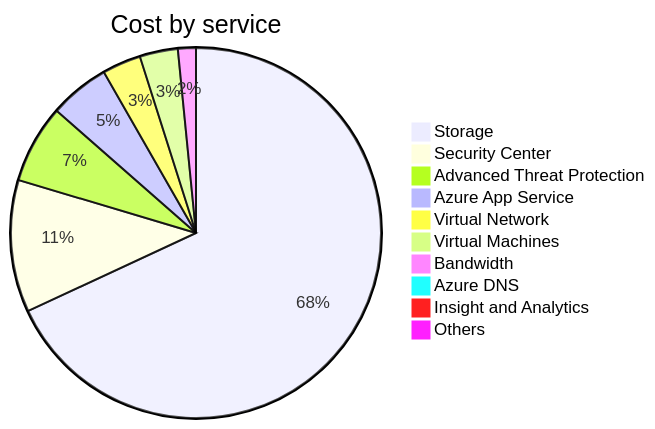
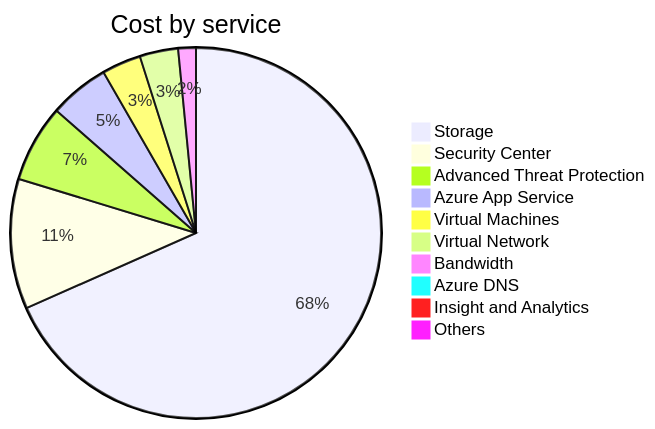
The second of 4 diagrams in cost-reports/accumulated-cost.md (jpfulton/azure-personal-reports), drawn with Mermaid before and after one commit. The commit also changed other lines of this file and 3 other files, not shown here.

````diff
--- a/cost-reports/accumulated-cost.md
+++ b/cost-reports/accumulated-cost.md
@@ -102,14 +102,14 @@
 ```mermaid
 pie
    title Cost by service
-   "Storage" : 116.77
+   "Storage" : 119.14
    "Security Center" : 19.78
-   "Advanced Threat Protection" : 11.74
-   "Azure App Service" : 9.02
-   "Virtual Network" : 5.80
-   "Virtual Machines" : 5.71
+   "Advanced Threat Protection" : 11.75
+   "Azure App Service" : 9.12
+   "Virtual Machines" : 5.95
+   "Virtual Network" : 5.84
    "Bandwidth" : 2.69
    "Azure DNS" : 0.75
    "Insight and Analytics" : 0.00
    "Others" : 0.00
 ```
````
